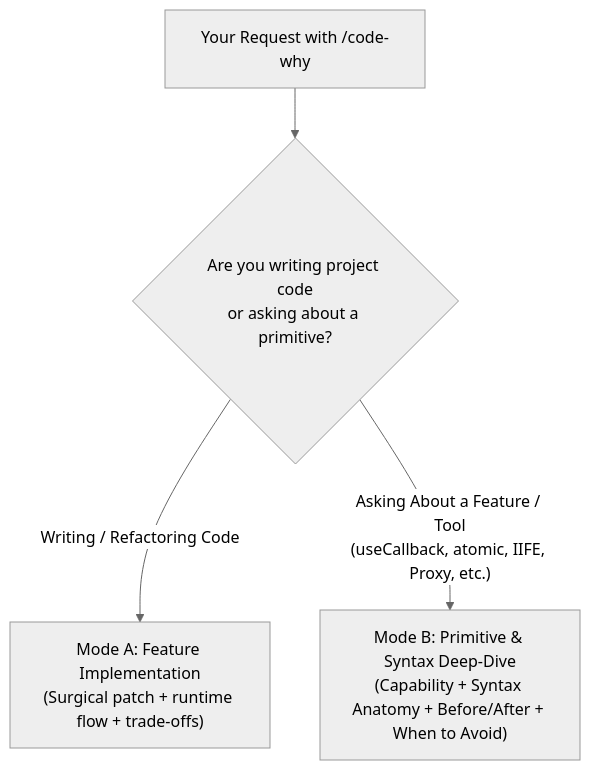
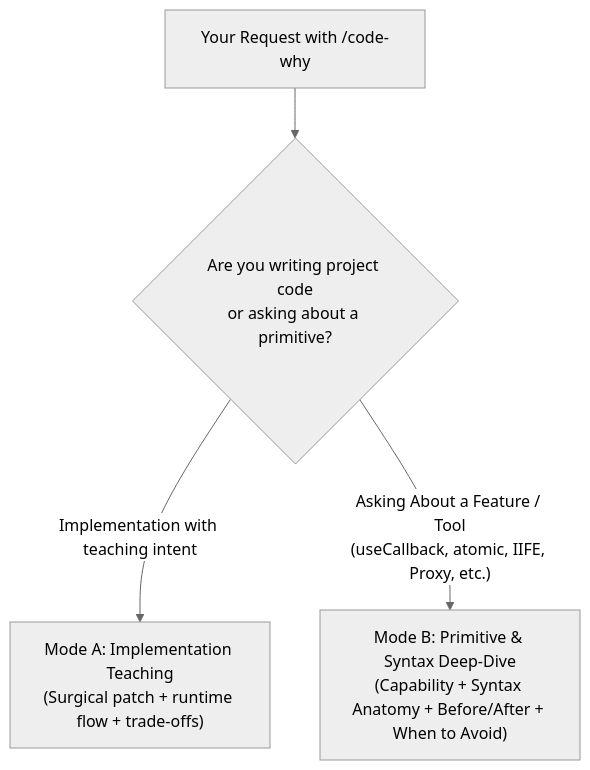
Before and after one commit to mayur777-ui/dot-agents-skills: the diagram in skills/code-why/SKILL.md, drawn with Mermaid (neutral theme). The commit also changed other lines of this file, not shown here.

Commit message:
docs(skills): clarify code-why routing and ownership

````diff
--- a/skills/code-why/SKILL.md
+++ b/skills/code-why/SKILL.md
@@ -18,6 +18,6 @@
 ```mermaid
 flowchart TD
     Prompt["Your Request with /code-why"] --> ModeDetect{"Are you writing project code\nor asking about a primitive?"}
-    ModeDetect -- "Writing / Refactoring Code" --> ModeA["Mode A: Feature Implementation\n(Surgical patch + runtime flow + trade-offs)"]
+    ModeDetect -- "Implementation with teaching intent" --> ModeA["Mode A: Implementation Teaching\n(Surgical patch + runtime flow + trade-offs)"]
     ModeDetect -- "Asking About a Feature / Tool\n(useCallback, atomic, IIFE, Proxy, etc.)" --> ModeB["Mode B: Primitive & Syntax Deep-Dive\n(Capability + Syntax Anatomy + Before/After + When to Avoid)"]
 ```
````
